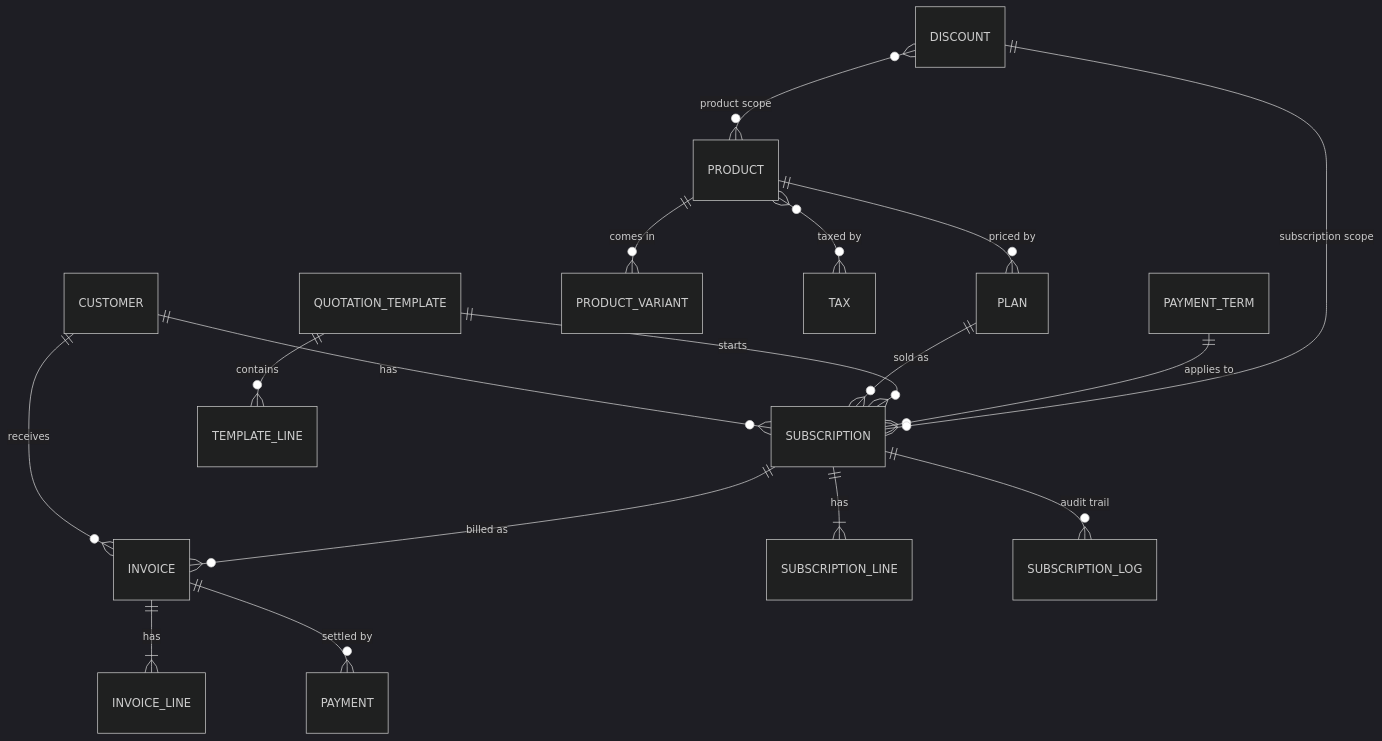
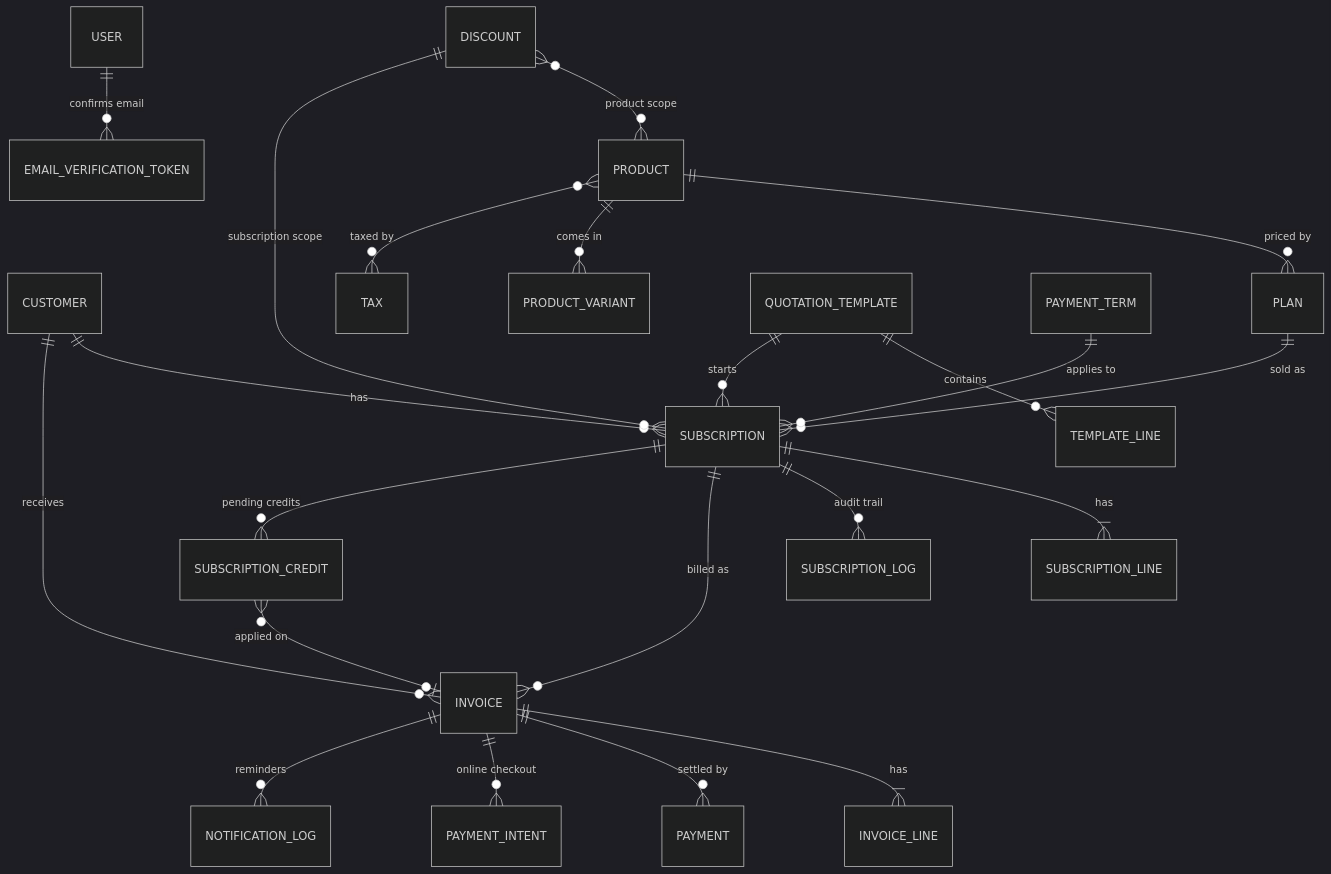
One commit to Vaibhav2005-r/odoo_lucknow changed the fifth of 5 diagrams in README.md. Above: the diagram before and after it, drawn with Mermaid (dark theme). The commit also changed other lines of this file and 6 other files, not shown here.

````diff
--- a/README.md
+++ b/README.md
@@ -134,19 +147,24 @@
 ```mermaid
 erDiagram
     CUSTOMER ||--o{ SUBSCRIPTION : has
     CUSTOMER ||--o{ INVOICE : receives
     PLAN ||--o{ SUBSCRIPTION : "sold as"
     PRODUCT ||--o{ PLAN : "priced by"
     PRODUCT ||--o{ PRODUCT_VARIANT : "comes in"
     PRODUCT }o--o{ TAX : "taxed by"
     QUOTATION_TEMPLATE ||--o{ TEMPLATE_LINE : contains
     QUOTATION_TEMPLATE ||--o{ SUBSCRIPTION : "starts"
     PAYMENT_TERM ||--o{ SUBSCRIPTION : "applies to"
     DISCOUNT }o--o{ PRODUCT : "product scope"
     DISCOUNT ||--o{ SUBSCRIPTION : "subscription scope"
     SUBSCRIPTION ||--|{ SUBSCRIPTION_LINE : has
     SUBSCRIPTION ||--o{ SUBSCRIPTION_LOG : "audit trail"
     SUBSCRIPTION ||--o{ INVOICE : "billed as"
     INVOICE ||--|{ INVOICE_LINE : has
     INVOICE ||--o{ PAYMENT : "settled by"
+    INVOICE ||--o{ PAYMENT_INTENT : "online checkout"
+    INVOICE ||--o{ NOTIFICATION_LOG : "reminders"
+    SUBSCRIPTION ||--o{ SUBSCRIPTION_CREDIT : "pending credits"
+    SUBSCRIPTION_CREDIT }o--o| INVOICE : "applied on"
+    USER ||--o{ EMAIL_VERIFICATION_TOKEN : "confirms email"
 ```
````
